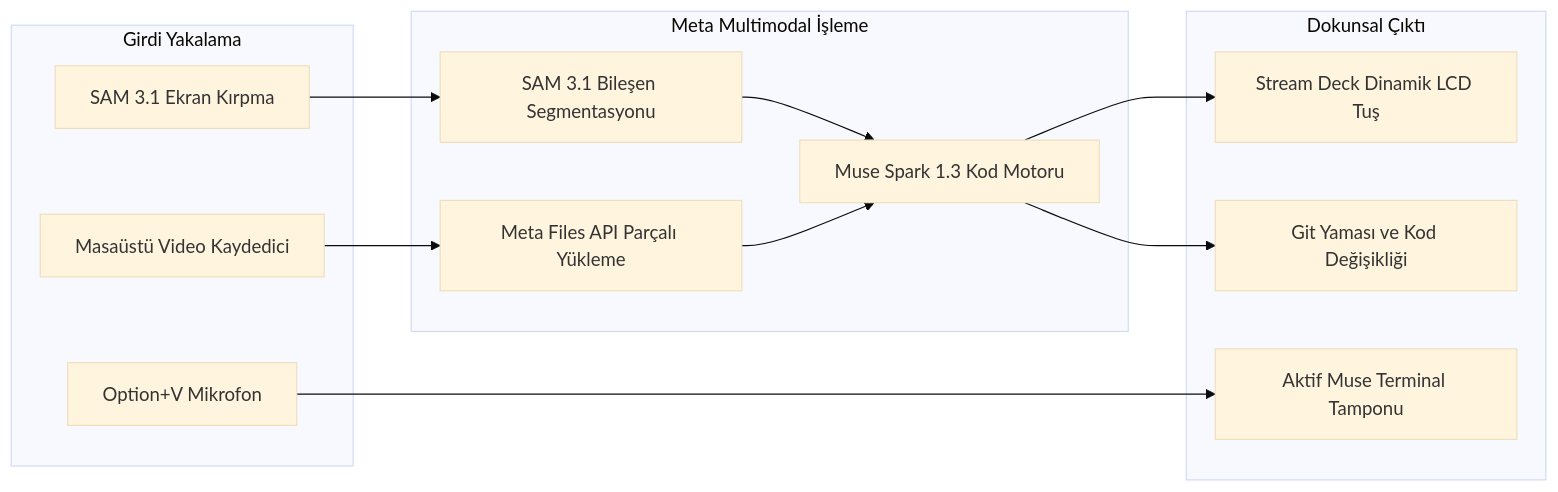
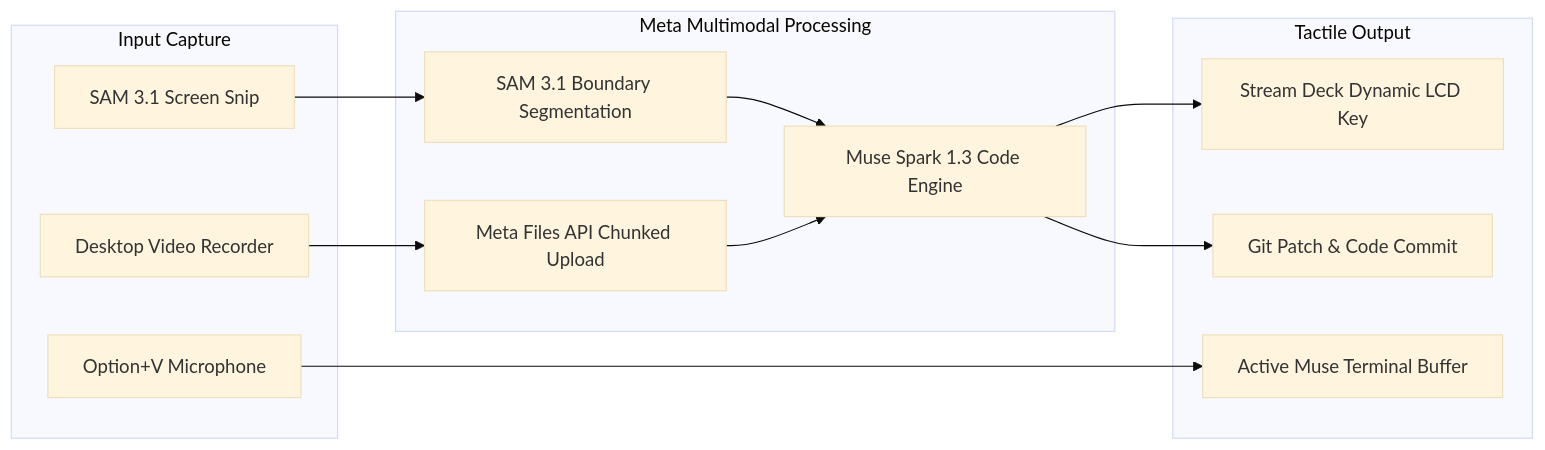
One commit to memetcircus/musedeck changed the second of 3 diagrams in README.md. Above: the diagram before and after it, drawn with Mermaid (base theme). The commit also changed other lines of this file, not shown here.

````diff
--- a/README.md
+++ b/README.md
@@ -207,24 +205,24 @@
 ```mermaid
 flowchart LR
-    subgraph Ingestion["Girdi Yakalama"]
-        Snip["SAM 3.1 Ekran Kırpma"]
-        Video["Masaüstü Video Kaydedici"]
-        Voice["Option+V Mikrofon"]
+    subgraph Ingestion["Input Capture"]
+        Snip["SAM 3.1 Screen Snip"]
+        Video["Desktop Video Recorder"]
+        Voice["Option+V Microphone"]
     end
 
-    subgraph MetaProcessing["Meta Multimodal İşleme"]
-        SAM_Proc["SAM 3.1 Bileşen Segmentasyonu"]
-        Files_Proc["Meta Files API Parçalı Yükleme"]
-        Spark_Proc["Muse Spark 1.3 Kod Motoru"]
+    subgraph MetaProcessing["Meta Multimodal Processing"]
+        SAM_Proc["SAM 3.1 Boundary Segmentation"]
+        Files_Proc["Meta Files API Chunked Upload"]
+        Spark_Proc["Muse Spark 1.3 Code Engine"]
     end
 
-    subgraph Synthesis["Dokunsal Çıktı"]
-        Deck["Stream Deck Dinamik LCD Tuş"]
-        Term["Aktif Muse Terminal Tamponu"]
-        Patch["Git Yaması ve Kod Değişikliği"]
+    subgraph Synthesis["Tactile Output"]
+        Deck["Stream Deck Dynamic LCD Key"]
+        Term["Active Muse Terminal Buffer"]
+        Patch["Git Patch & Code Commit"]
     end
 
     Snip --> SAM_Proc --> Spark_Proc --> Deck
     Video --> Files_Proc --> Spark_Proc --> Patch
     Voice --> Term
 ```
````
